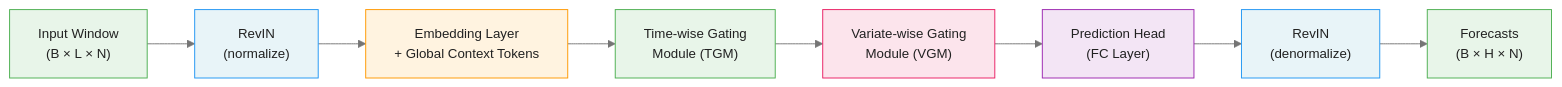
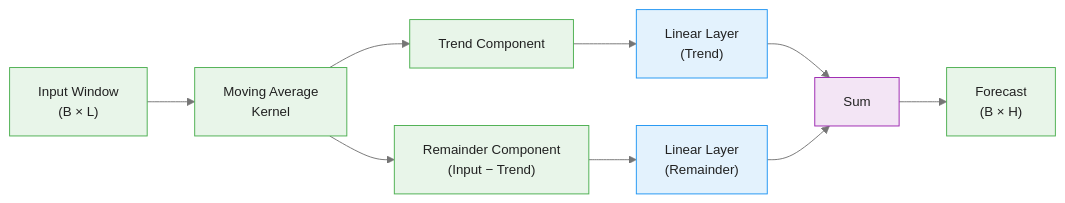
The diagram in courses/time-series-forecasting-neuralforecast/modules/module_05_xlinear/guides/01_xlinear_architecture.md (m-deane/course-creator), drawn with Mermaid before and after one commit. The commit also changed other lines of this file and 56 other files, not shown here.

````diff
--- a/courses/time-series-forecasting-neuralforecast/modules/module_05_xlinear/guides/01_xlinear_architecture.md
+++ b/courses/time-series-forecasting-neuralforecast/modules/module_05_xlinear/guides/01_xlinear_architecture.md
@@ -14,24 +14,19 @@
 ```mermaid
 %%{init: {"theme": "base", "themeVariables": {"primaryColor": "#e8f5e9", "primaryBorderColor": "#4caf50", "primaryTextColor": "#212121", "secondaryColor": "#e3f2fd", "tertiaryColor": "#fff8e1", "lineColor": "#757575", "fontFamily": "Inter, sans-serif", "fontSize": "14px"}}}%%
 flowchart LR
-    Input["Input Window\n(B × L × N)"] --> RevIN_fwd["RevIN\n(normalize)"]
-    RevIN_fwd --> Embed["Embedding Layer\n+ Global Context Tokens"]
-    Embed --> TGM["Time-wise Gating\nModule (TGM)"]
-    TGM --> VGM["Variate-wise Gating\nModule (VGM)"]
-    VGM --> Head["Prediction Head\n(FC Layer)"]
-    Head --> RevIN_inv["RevIN\n(denormalize)"]
-    RevIN_inv --> Output["Forecasts\n(B × H × N)"]
+    Input["Input Window\n(B × L)"] --> MA["Moving Average\nKernel"]
+    MA --> Trend["Trend Component"]
+    MA --> Remainder["Remainder Component\n(Input − Trend)"]
+    Trend --> Linear_T["Linear Layer\n(Trend)"]
+    Remainder --> Linear_R["Linear Layer\n(Remainder)"]
+    Linear_T --> Sum["Sum"]
+    Linear_R --> Sum
+    Sum --> Output["Forecast\n(B × H)"]
 
-    class RevIN_inv cls_RevIN_inv
-    class Head cls_Head
-    class VGM cls_VGM
-    class TGM cls_TGM
-    class Embed cls_Embed
-    class RevIN_fwd cls_RevIN_fwd
-    classDef cls_RevIN_inv fill:#e8f4f8,stroke:#2196f3
-    classDef cls_Head fill:#f3e5f5,stroke:#9c27b0
-    classDef cls_VGM fill:#fce4ec,stroke:#e91e63
-    classDef cls_TGM fill:#e8f5e9,stroke:#4caf50
-    classDef cls_Embed fill:#fff3e0,stroke:#ff9800
-    classDef cls_RevIN_fwd fill:#e8f4f8,stroke:#2196f3
+    classDef cls_MA fill:#e8f5e9,stroke:#4caf50
+    classDef cls_Linear fill:#e3f2fd,stroke:#2196f3
+    classDef cls_Sum fill:#f3e5f5,stroke:#9c27b0
+    class MA cls_MA
+    class Linear_T,Linear_R cls_Linear
+    class Sum cls_Sum
 ```
````
